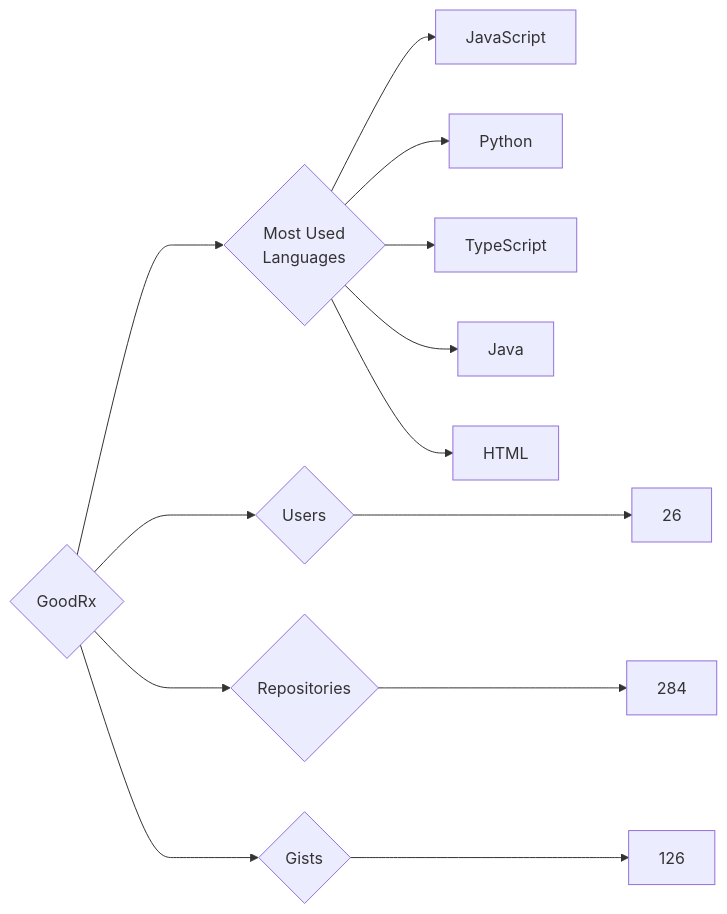
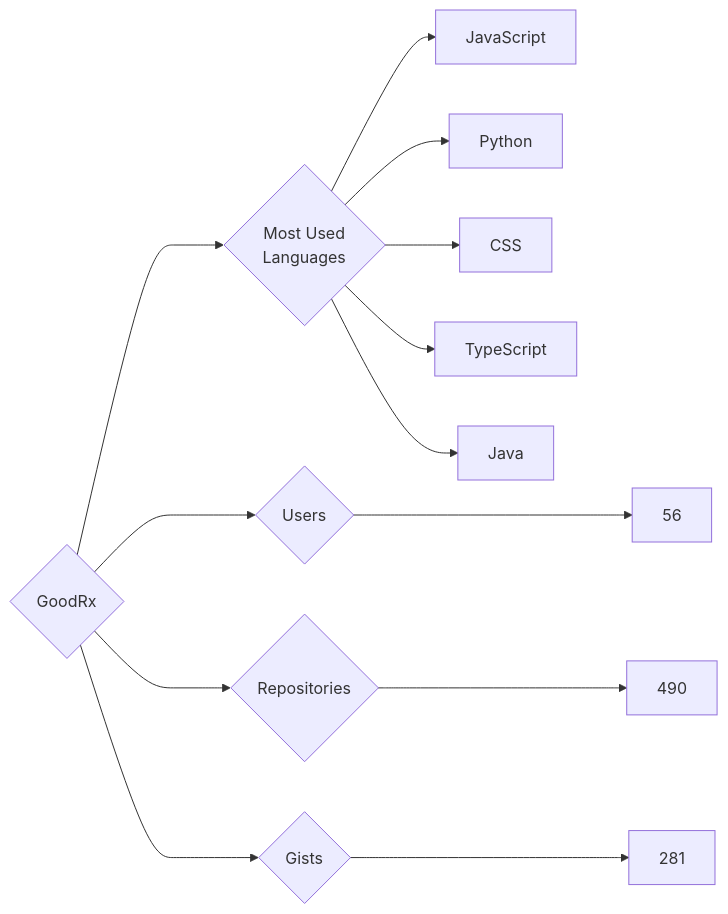
The diagram in targets/GoodRx/README.md (trickest/insiders), drawn with Mermaid before and after one commit. The commit also changed 930 other files, not shown here.

````diff
--- a/targets/GoodRx/README.md
+++ b/targets/GoodRx/README.md
@@ -3,13 +3,13 @@
 ```mermaid
 graph LR
 COMPANY_NAME{GoodRx}
-COMPANY_NAME ---> U{Users} ---> UN[26]
-COMPANY_NAME ---> R{Repositories} ---> RN[284]
-COMPANY_NAME ---> G{Gists} ---> GN[126]
+COMPANY_NAME ---> U{Users} ---> UN[56]
+COMPANY_NAME ---> R{Repositories} ---> RN[490]
+COMPANY_NAME ---> G{Gists} ---> GN[281]
 COMPANY_NAME ---> ML{Most Used<br>Languages}
 ML --> JavaScript[JavaScript]
 ML --> Python[Python]
+ML --> CSS[CSS]
 ML --> TypeScript[TypeScript]
 ML --> Java[Java]
-ML --> HTML[HTML]
 ```
````
